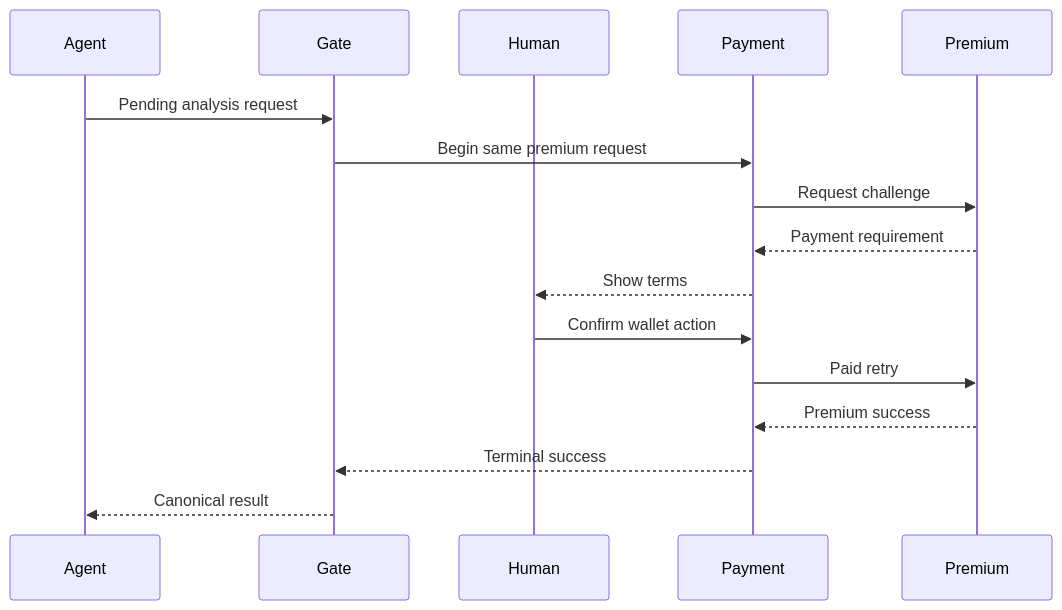
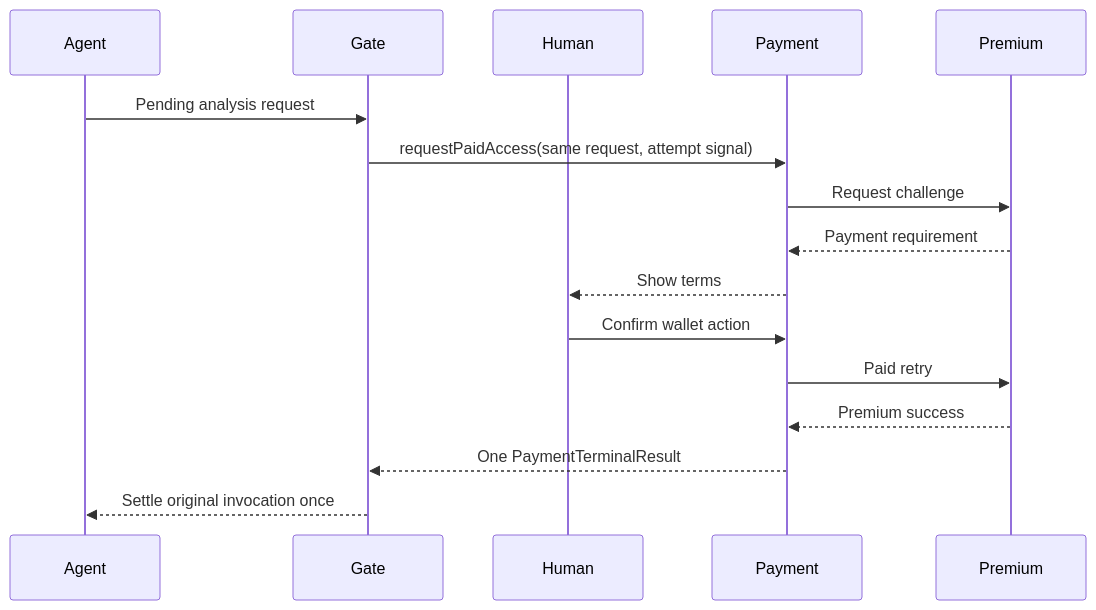
One commit to mashharuki/OpenAI-WebMCP-Challenge-Hackathon2026 changed the third of 3 diagrams in .kiro/specs/webmcp-gated-tool/design.md. Above: the diagram before and after it, drawn with Mermaid. The commit also changed other lines of this file and 13 other files, not shown here.

````diff
--- a/.kiro/specs/webmcp-gated-tool/design.md
+++ b/.kiro/specs/webmcp-gated-tool/design.md
@@ -154,18 +154,18 @@
 ```mermaid
 sequenceDiagram
     participant Agent
     participant Gate
     participant Human
     participant Payment
     participant Premium
     Agent->>Gate: Pending analysis request
-    Gate->>Payment: Begin same premium request
+    Gate->>Payment: requestPaidAccess(same request, attempt signal)
     Payment->>Premium: Request challenge
     Premium-->>Payment: Payment requirement
     Payment-->>Human: Show terms
     Human->>Payment: Confirm wallet action
     Payment->>Premium: Paid retry
     Premium-->>Payment: Premium success
-    Payment-->>Gate: Terminal success
-    Gate-->>Agent: Canonical result
+    Payment-->>Gate: One PaymentTerminalResult
+    Gate-->>Agent: Settle original invocation once
 ```
````
